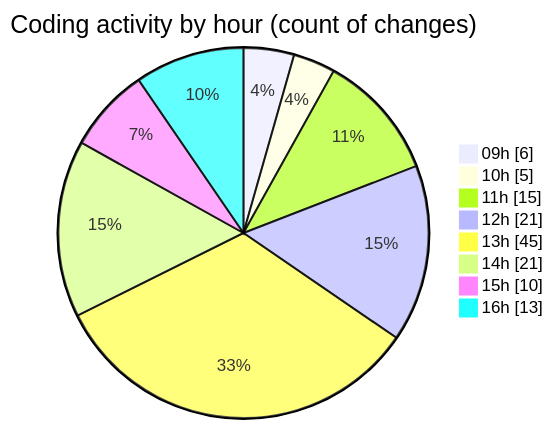
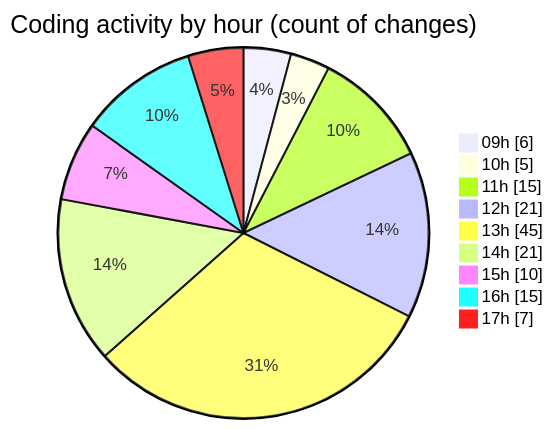
Before and after one commit to momahboobian/code-tracking: the second of 2 diagrams in 2025-10-02/cda/README.md, drawn with Mermaid. The commit also changed other lines of this file and 1 other file, not shown here.

````diff
--- a/2025-10-02/cda/README.md
+++ b/2025-10-02/cda/README.md
@@ -40,12 +40,13 @@
 ```mermaid
 pie showData
 title Coding activity by hour (count of changes)
 "09h" : 6
 "10h" : 5
 "11h" : 15
 "12h" : 21
 "13h" : 45
 "14h" : 21
 "15h" : 10
-"16h" : 13
+"16h" : 15
+"17h" : 7
 ```
````
